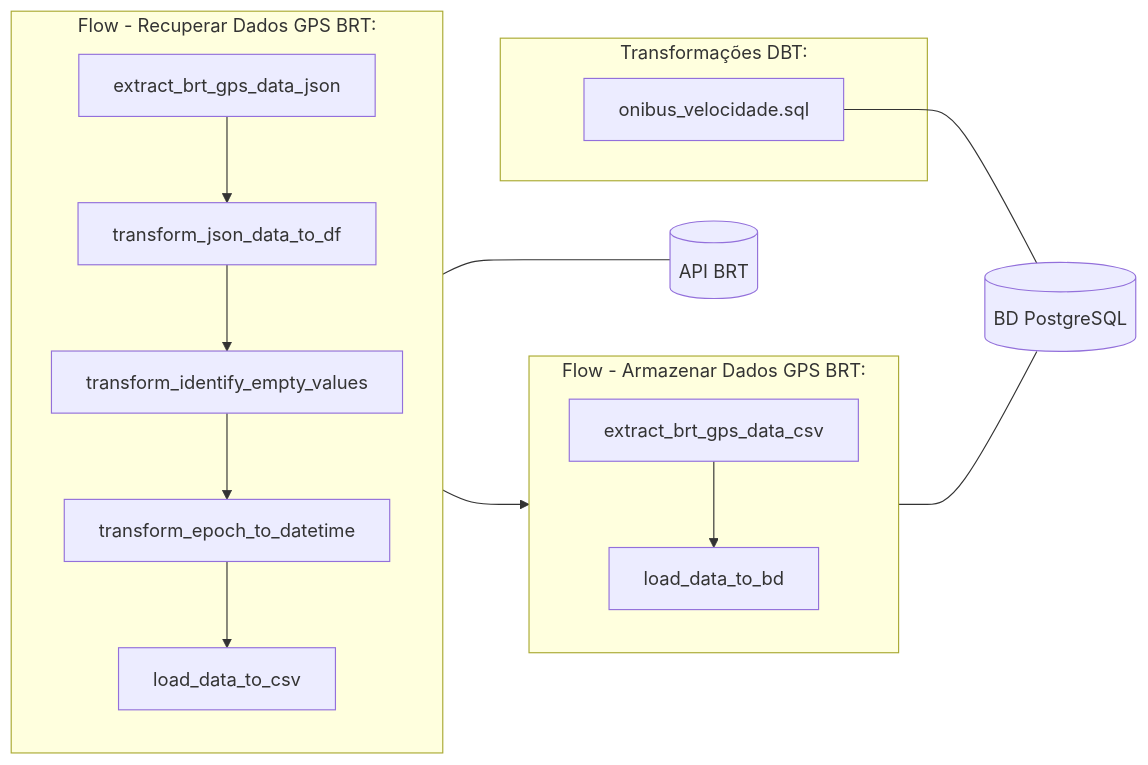
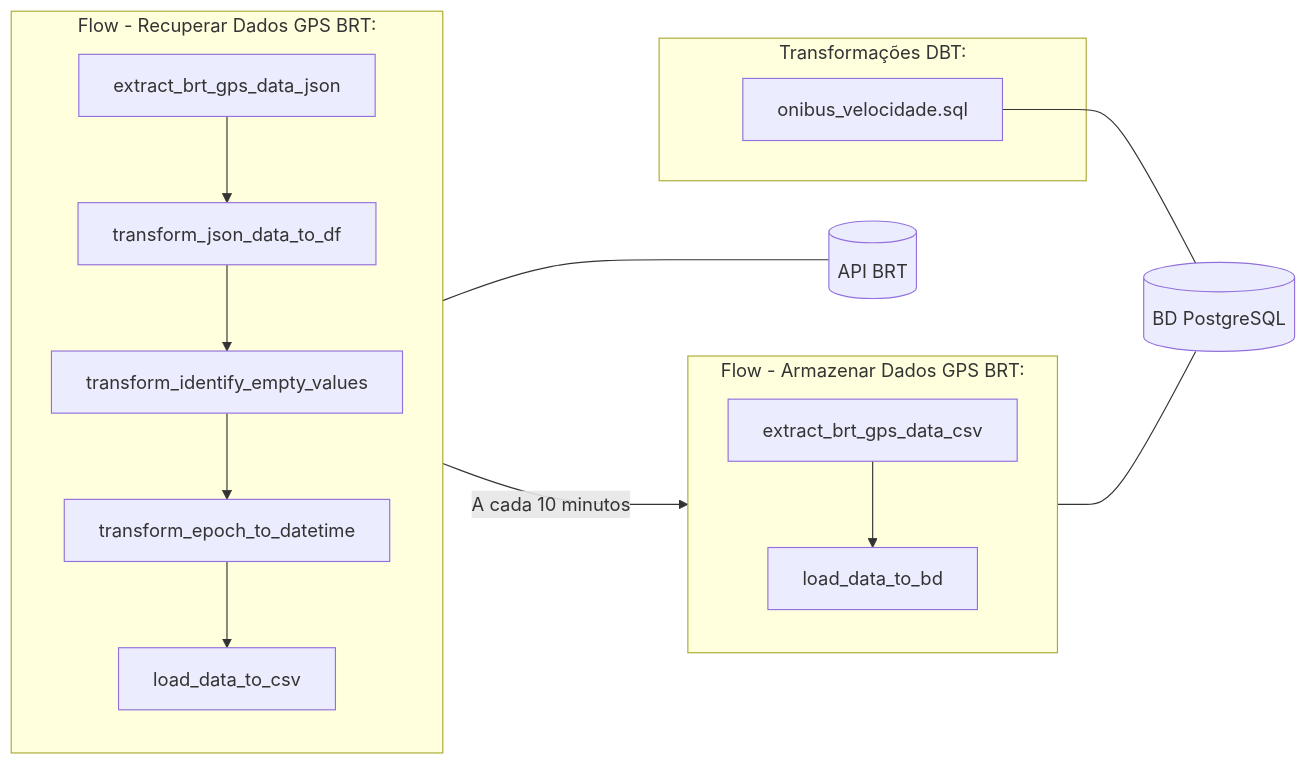
The diagram in README.md (TanookiVerde/emd-desafio-data-eng), drawn with Mermaid before and after one commit.

````diff
--- a/README.md
+++ b/README.md
@@ -14,34 +14,33 @@
 ```mermaid
 flowchart LR
     api[(API BRT)]
     db[(BD PostgreSQL)]
 
     subgraph Flow - Recuperar Dados GPS BRT:
         id1[extract_brt_gps_data_json]
         id2[transform_json_data_to_df]
         id3[transform_identify_empty_values]
         id4[transform_epoch_to_datetime]
         id5[load_data_to_csv]
 
         direction TB
         id1-->id2-->id3-->id4-->id5
     end
 
     subgraph Flow - Armazenar Dados GPS BRT:
         id6[extract_brt_gps_data_csv]
         id7[load_data_to_bd]
 
         direction TB
         id6-->id7
     end
 
     subgraph Transformações DBT:
         id8[onibus_velocidade.sql]
     end
 
     id1---api
     id7---db
     id8---db
-    direction TB
-    id5-->id6
+    id5--A cada 10 minutos-->id6
 ```
````
